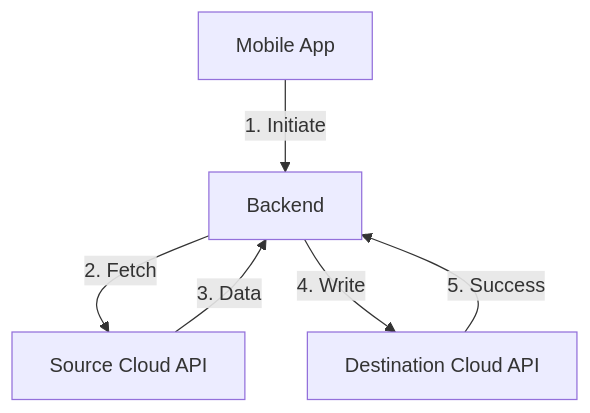
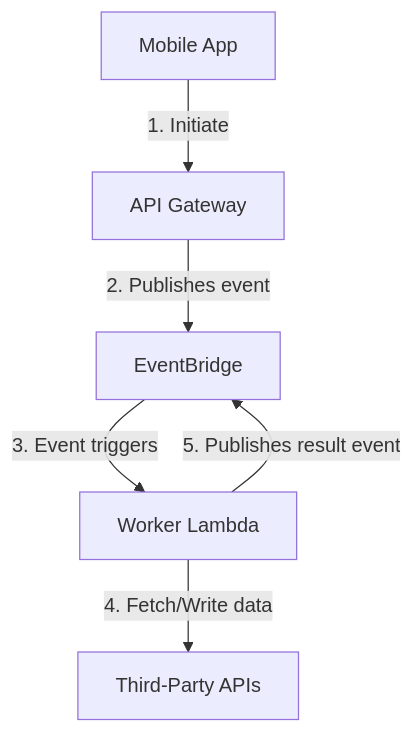
The third of 4 diagrams in 06-technical-architecture.md (dino10bit/healthsync), drawn with Mermaid before and after one commit. The commit also changed other lines of this file, not shown here.

First line of the commit message:
doc: Refactor architecture to use EventBridge

````diff
--- a/06-technical-architecture.md
+++ b/06-technical-architecture.md
@@ -176,8 +181,8 @@
 ```mermaid
 graph TD
-    A[Mobile App] -- 1. Initiate --> B[Backend]
-    B -- 2. Fetch --> C[Source Cloud API]
-    C -- 3. Data --> B
-    B -- 4. Write --> D[Destination Cloud API]
-    D -- 5. Success --> B
+    A[Mobile App] -- 1. Initiate --> B[API Gateway]
+    B -- 2. Publishes event --> C[EventBridge]
+    C -- 3. Event triggers --> D[Worker Lambda]
+    D -- 4. Fetch/Write data --> E[Third-Party APIs]
+    D -- 5. Publishes result event --> C
 ```
````
